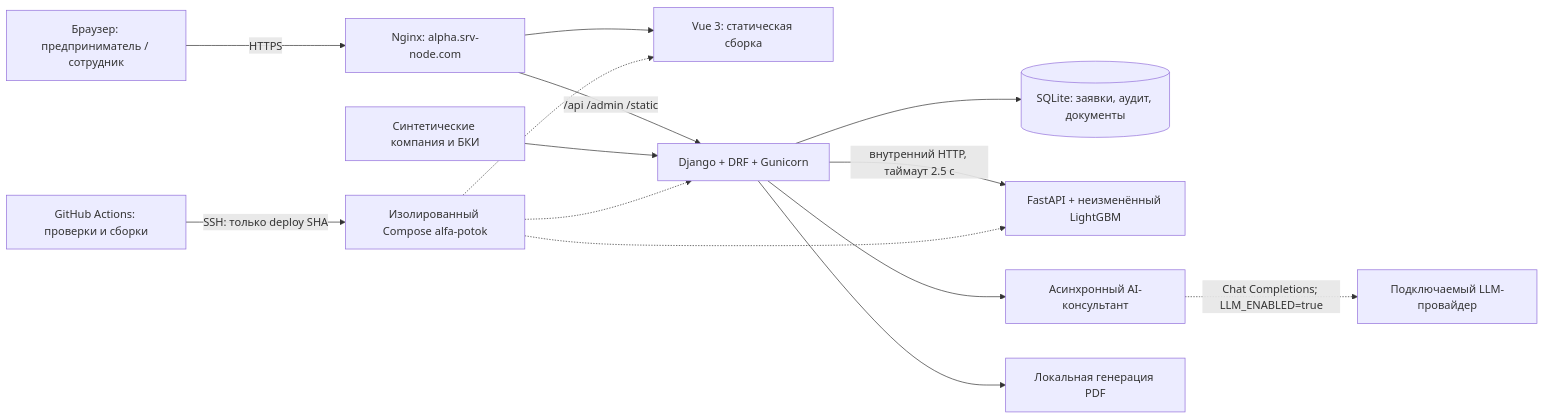
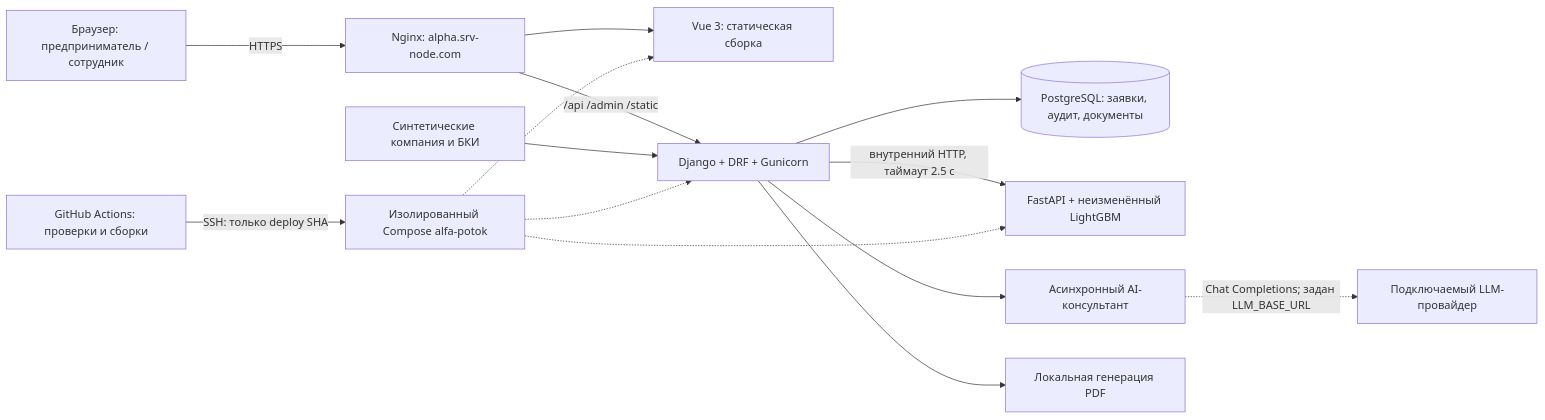
The first of 2 diagrams in docs/ARCHITECTURE.md (Favck/alfa-smart-credit), drawn with Mermaid before and after one commit. The commit also changed other lines of this file and 21 other files, not shown here.

Commit message:
Use jury inference with keyword fallback and a three-service PostgreSQL stack

````diff
--- a/docs/ARCHITECTURE.md
+++ b/docs/ARCHITECTURE.md
@@ -7,16 +7,16 @@
 ```mermaid
 flowchart LR
     U[Браузер: предприниматель / сотрудник] -->|HTTPS| N[Nginx: alpha.srv-node.com]
     N --> V[Vue 3: статическая сборка]
     N -->|/api /admin /static| D[Django + DRF + Gunicorn]
-    D --> S[(SQLite: заявки, аудит, документы)]
+    D --> S[(PostgreSQL: заявки, аудит, документы)]
     D -->|внутренний HTTP, таймаут 2.5 с| M[FastAPI + неизменённый LightGBM]
     D --> A[Асинхронный AI-консультант]
-    A -.->|Chat Completions; LLM_ENABLED=true| L[Подключаемый LLM-провайдер]
+    A -.->|Chat Completions; задан LLM_BASE_URL| L[Подключаемый LLM-провайдер]
     F[Синтетические компания и БКИ] --> D
     D --> P[Локальная генерация PDF]
     G[GitHub Actions: проверки и сборки] -->|SSH: только deploy SHA| R[Изолированный Compose alfa-potok]
     R -.-> D
     R -.-> V
     R -.-> M
 ```
````
